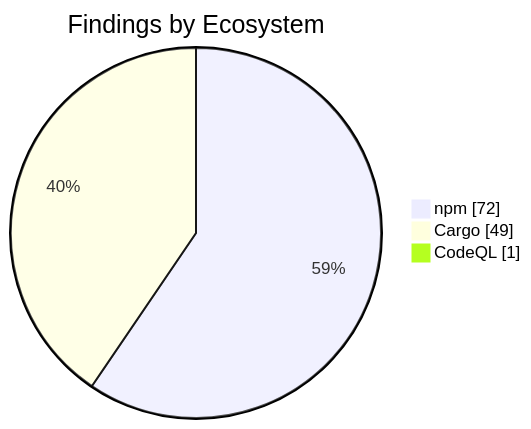
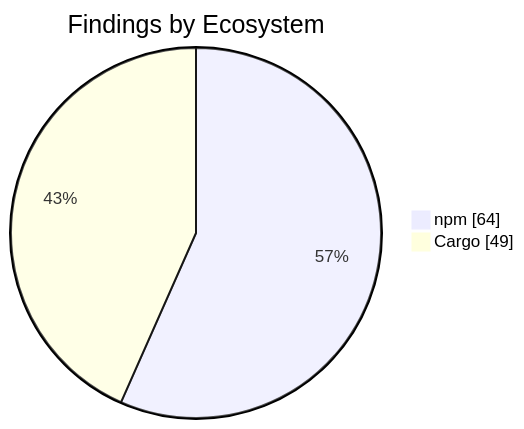
Before and after one commit to KBVE/kbve: the second of 2 diagrams in apps/kbve/astro-kbve/src/content/docs/dashboard/security.mdx, drawn with Mermaid. The commit also changed other lines of this file and 8 other files, not shown here.

````diff
--- a/apps/kbve/astro-kbve/src/content/docs/dashboard/security.mdx
+++ b/apps/kbve/astro-kbve/src/content/docs/dashboard/security.mdx
@@ -73,7 +73,6 @@
 ```mermaid
 pie showData
     title Findings by Ecosystem
-    "npm" : 72
+    "npm" : 64
     "Cargo" : 49
-    "CodeQL" : 1
 ```
````
